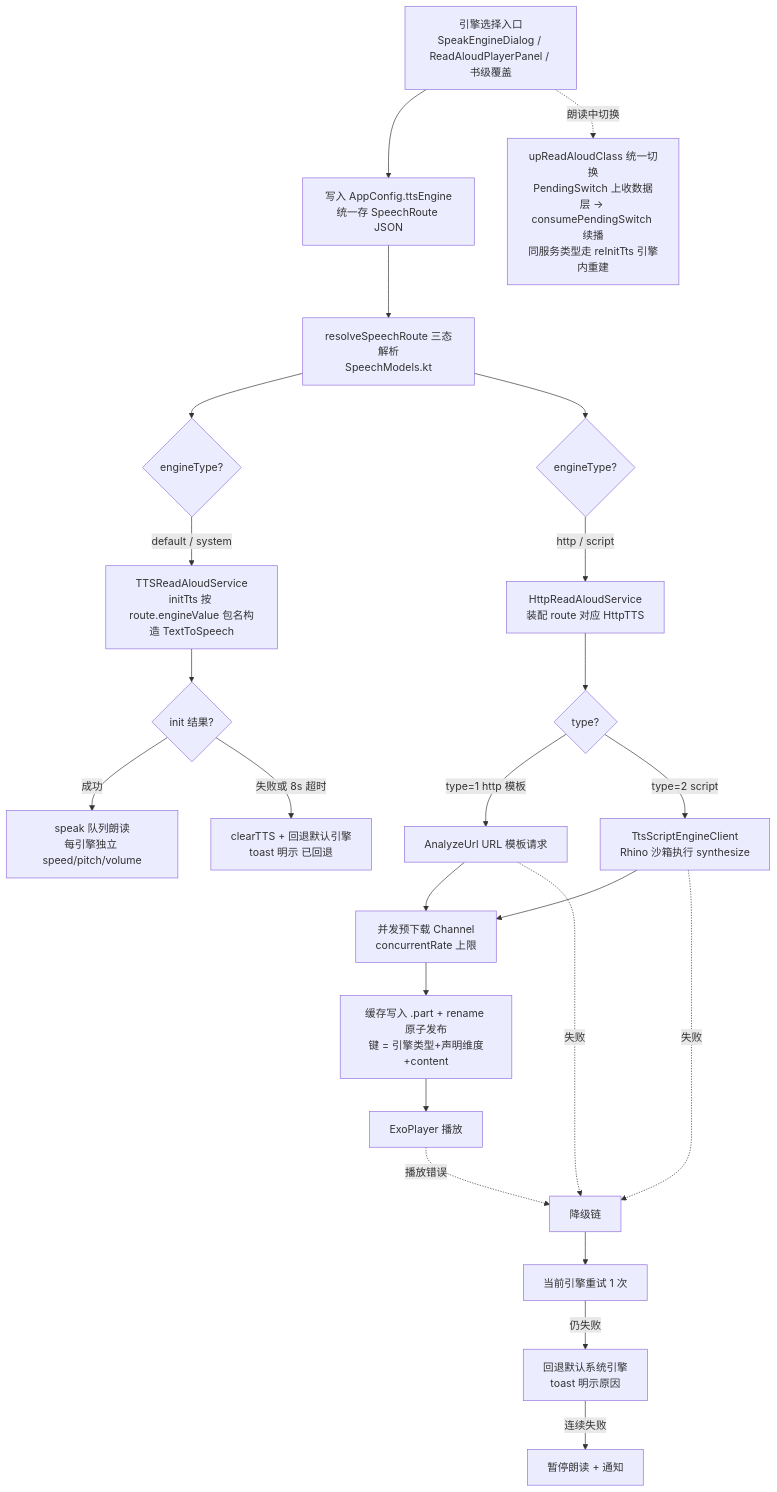
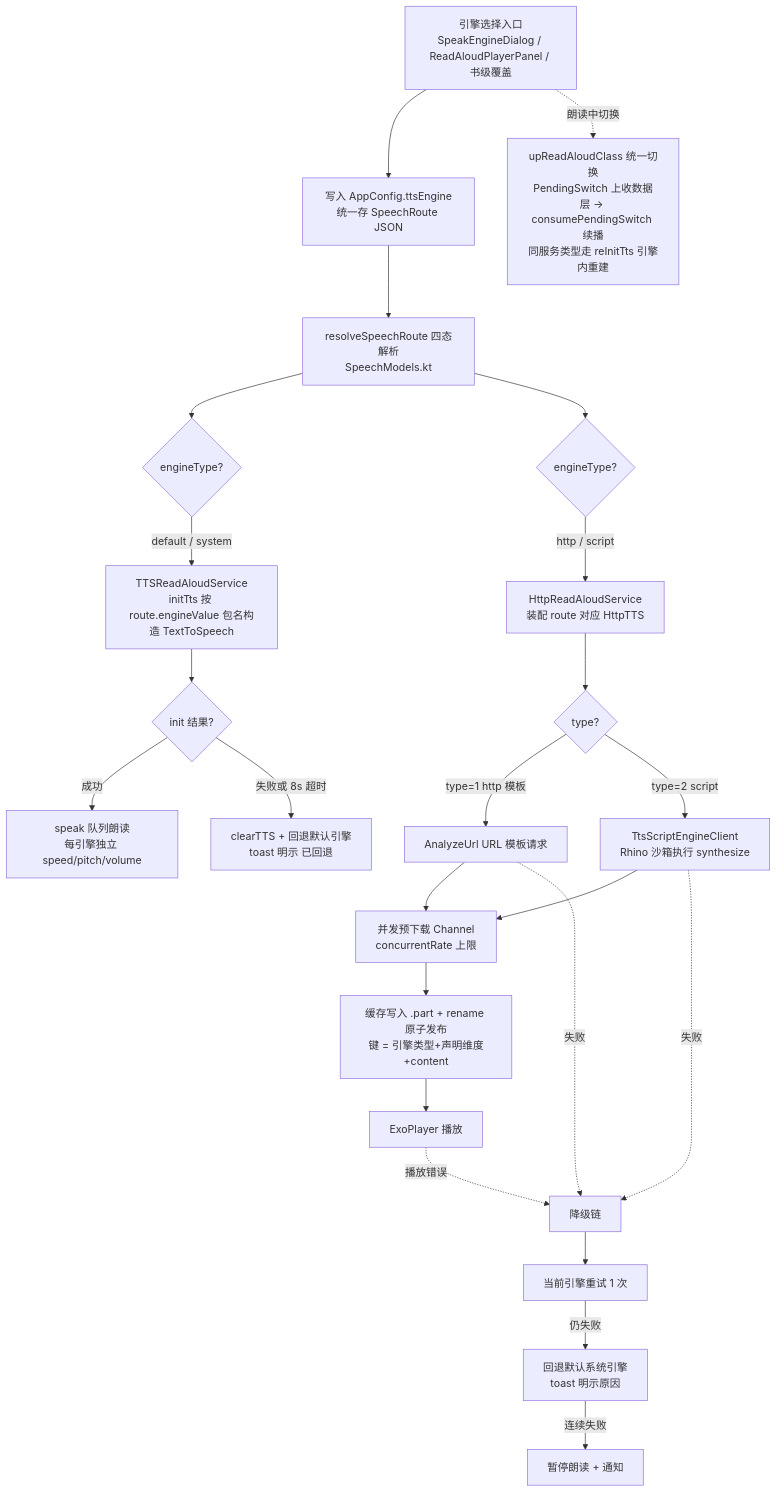
One commit to legado-backup/legado-m changed the second of 3 diagrams in docs/specs/optimize-tts-engine/design.md. Above: the diagram before and after it, drawn with Mermaid. The commit also changed other lines of this file and 3 other files, not shown here.

First line of the commit message:
docs(tts): optimize-tts-engine 设计定稿 v1.3——五轮红队闭环+NG/C 全量对标+多角色分层蓝图

````diff
--- a/docs/specs/optimize-tts-engine/design.md
+++ b/docs/specs/optimize-tts-engine/design.md
@@ -255,31 +603,31 @@
 ```mermaid
 flowchart TD
     A[引擎选择入口<br/>SpeakEngineDialog / ReadAloudPlayerPanel / 书级覆盖] --> B[写入 AppConfig.ttsEngine<br/>统一存 SpeechRoute JSON]
-    B --> C[resolveSpeechRoute 三态解析<br/>SpeechModels.kt]
+    B --> C[resolveSpeechRoute 四态解析<br/>SpeechModels.kt]
     C --> D1{engineType?}
     C --> D2{engineType?}
 
     D1 -- default / system --> E1[TTSReadAloudService<br/>initTts 按 route.engineValue 包名构造 TextToSpeech]
     D2 -- http / script --> E2[HttpReadAloudService<br/>装配 route 对应 HttpTTS]
 
     E1 --> F1{init 结果?}
     F1 -- 成功 --> G1[speak 队列朗读<br/>每引擎独立 speed/pitch/volume]
     F1 -- 失败或 8s 超时 --> H1[clearTTS + 回退默认引擎<br/>toast 明示 已回退]
 
     E2 --> F2{type?}
     F2 -- type=1 http 模板 --> G2[AnalyzeUrl URL 模板请求]
     F2 -- type=2 script --> G3[TtsScriptEngineClient<br/>Rhino 沙箱执行 synthesize]
     G2 --> H2[并发预下载 Channel<br/>concurrentRate 上限]
     G3 --> H2
     H2 --> I[缓存写入 .part + rename 原子发布<br/>键 = 引擎类型+声明维度+content]
     I --> J[ExoPlayer 播放]
 
     G3 -. 失败 .-> K[降级链]
     G2 -. 失败 .-> K
     J -. 播放错误 .-> K
     K --> K1[当前引擎重试 1 次]
     K1 -- 仍失败 --> K2[回退默认系统引擎<br/>toast 明示原因]
     K2 -- 连续失败 --> K3[暂停朗读 + 通知]
 
     A -. 朗读中切换 .-> L[upReadAloudClass 统一切换<br/>PendingSwitch 上收数据层 → consumePendingSwitch 续播<br/>同服务类型走 reInitTts 引擎内重建]
 ```
````
